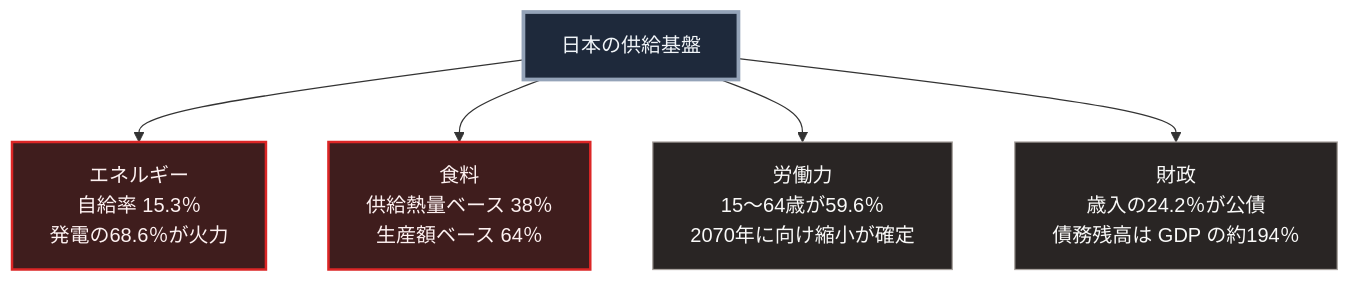
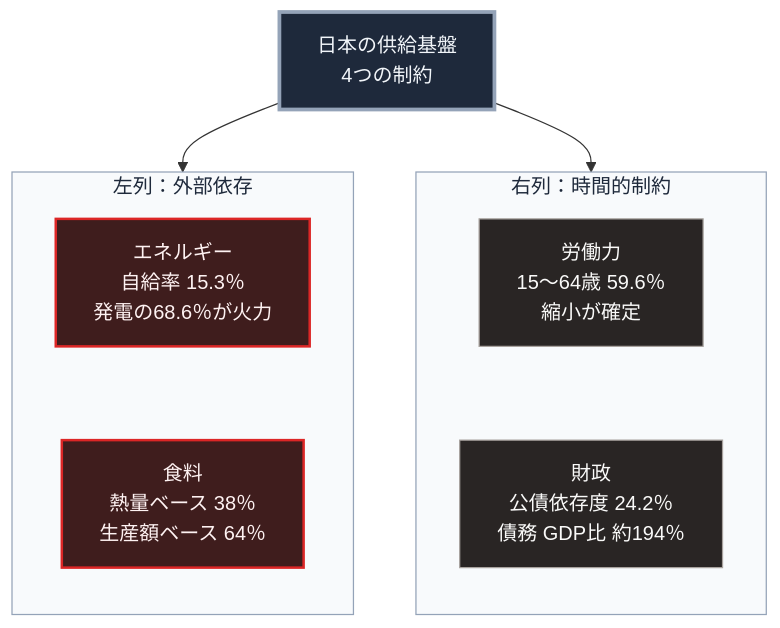
Before and after one commit to Takenori-Kusaka/zenn-content: the diagram in books/sovereign-resilience-blueprint/japan-current-state.md, drawn with Mermaid. The commit also changed other lines of this file and 114 other files, not shown here.

````diff
--- a/books/sovereign-resilience-blueprint/japan-current-state.md
+++ b/books/sovereign-resilience-blueprint/japan-current-state.md
@@ -79,15 +79,22 @@
 ```mermaid
 flowchart TD
-    J[日本の供給基盤]
-
-    J --> E[エネルギー<br>自給率 15.3％<br>発電の68.6％が火力]
-    J --> F[食料<br>供給熱量ベース 38％<br>生産額ベース 64％]
-    J --> P[労働力<br>15〜64歳が59.6％<br>2070年に向け縮小が確定]
-    J --> B[財政<br>歳入の24.2％が公債<br>債務残高は GDP の約194％]
+    J[日本の供給基盤<br>4つの制約]
+    subgraph G1[左列：外部依存]
+        direction TB
+        E[エネルギー<br>自給率 15.3％<br>発電の68.6％が火力] ~~~ F[食料<br>熱量ベース 38％<br>生産額ベース 64％]
+    end
+    subgraph G2[右列：時間的制約]
+        direction TB
+        P[労働力<br>15〜64歳 59.6％<br>縮小が確定] ~~~ B[財政<br>公債依存度 24.2％<br>債務 GDP比 約194％]
+    end
+    J --> G1
+    J --> G2
 
     style J fill:#1e293b,stroke:#94a3b8,stroke-width:3px,color:#f1f5f9
     style E fill:#3f1d1d,stroke:#dc2626,stroke-width:2px,color:#fef2f2
     style F fill:#3f1d1d,stroke:#dc2626,stroke-width:2px,color:#fef2f2
     style P fill:#292524,stroke:#a8a29e,color:#fafaf9
     style B fill:#292524,stroke:#a8a29e,color:#fafaf9
+    style G1 fill:#f8fafc,stroke:#94a3b8,color:#1e293b
+    style G2 fill:#f8fafc,stroke:#94a3b8,color:#1e293b
 ```
````
